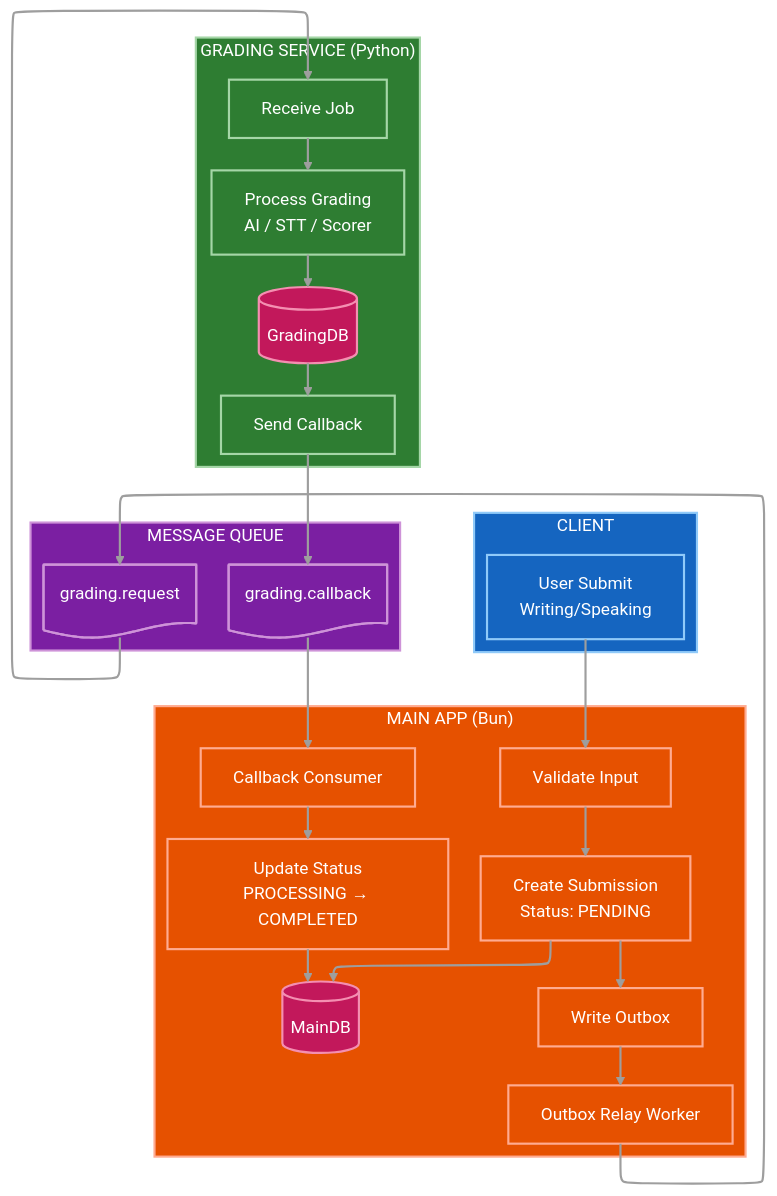
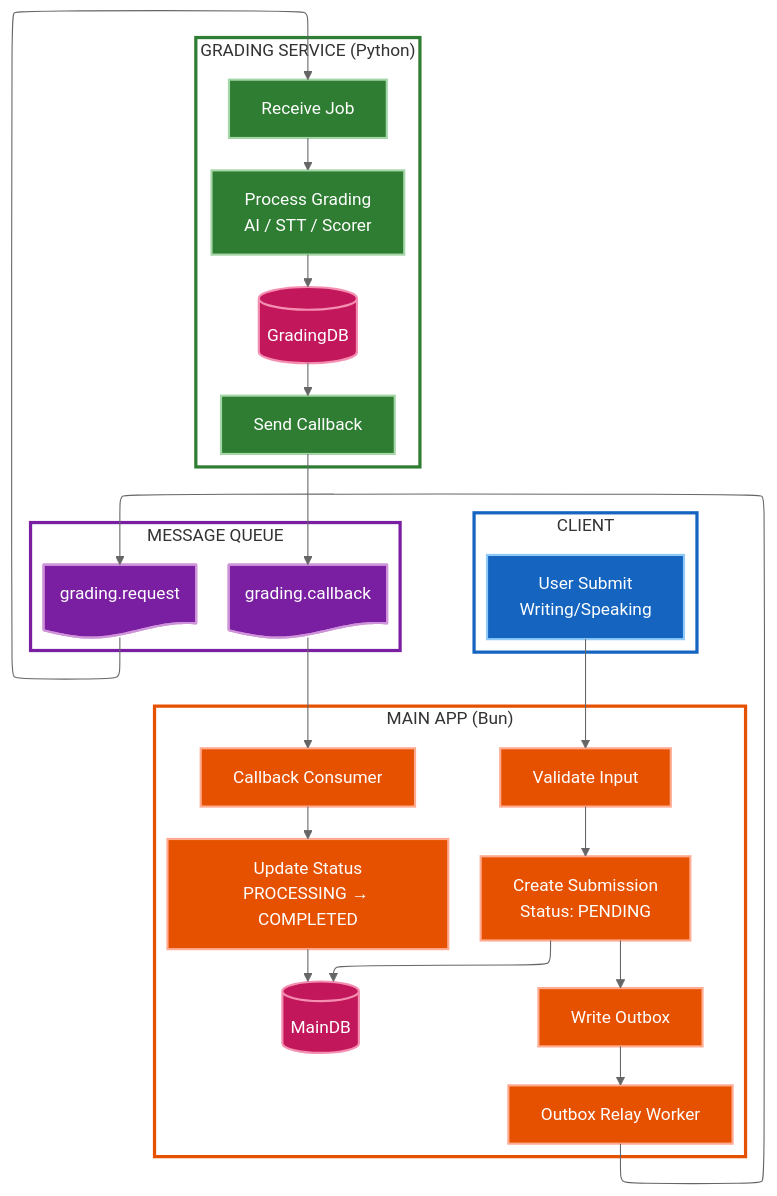
Before and after one commit to nghyane/VSTEP: the second of 12 diagrams in docs/capstone/diagrams/flow-diagrams.vi.md, drawn with Mermaid (neutral theme). The commit also changed other lines of this file, not shown here.

First line of the commit message:
fix(docs): remove unsupported linkStyle syntax causing parse errors

````diff
--- a/docs/capstone/diagrams/flow-diagrams.vi.md
+++ b/docs/capstone/diagrams/flow-diagrams.vi.md
@@ -85,54 +94,63 @@
 ```mermaid
 ---
 config:
   layout: elk
 ---
 flowchart TB
     subgraph Client["CLIENT"]
         User["User Submit<br/>Writing/Speaking"]
     end
 
     subgraph Bun["MAIN APP (Bun)"]
         direction TB
         Validate["Validate Input"]
         CreateSub["Create Submission<br/>Status: PENDING"]
         SaveDB[("MainDB")]
         WriteOutbox["Write Outbox"]
         Relay["Outbox Relay Worker"]
         Consume["Callback Consumer"]
         UpdateStatus["Update Status<br/>PROCESSING → COMPLETED"]
     end
 
     subgraph Queue["MESSAGE QUEUE"]
         ReqQueue@{ shape: doc, label: "grading.request" }
         CbQueue@{ shape: doc, label: "grading.callback" }
     end
 
     subgraph Python["GRADING SERVICE (Python)"]
         direction TB
         Receive["Receive Job"]
         Process["Process Grading<br/>AI / STT / Scorer"]
         SaveGrade[("GradingDB")]
         SendCb["Send Callback"]
     end
 
     User --> Validate --> CreateSub --> SaveDB
     CreateSub --> WriteOutbox
     WriteOutbox --> Relay --> ReqQueue --> Receive
     Receive --> Process --> SaveGrade --> SendCb --> CbQueue --> Consume
     Consume --> UpdateStatus --> SaveDB
 
     classDef client fill:#1565c0,stroke:#90caf9,stroke-width:2px,color:#fff
     classDef bun fill:#e65100,stroke:#ffab91,stroke-width:2px,color:#fff
     classDef queue fill:#7b1fa2,stroke:#ce93d8,stroke-width:2px,color:#fff
     classDef python fill:#2e7d32,stroke:#a5d6a7,stroke-width:2px,color:#fff
     classDef db fill:#c2185b,stroke:#f48fb1,stroke-width:2px,color:#fff
 
-    class Client,User client
-    class Bun,Validate,CreateSub,WriteOutbox,Relay,Consume,UpdateStatus bun
-    class Queue,ReqQueue,CbQueue queue
-    class Python,Receive,Process,SendCb python
+    classDef clientBox fill:none,stroke:#1565c0,stroke-width:3px
+    classDef bunBox fill:none,stroke:#e65100,stroke-width:3px
+    classDef queueBox fill:none,stroke:#7b1fa2,stroke-width:3px
+    classDef pythonBox fill:none,stroke:#2e7d32,stroke-width:3px
+
+    class Client clientBox
+    class Bun bunBox
+    class Queue queueBox
+    class Python pythonBox
+
+    class User client
+    class Validate,CreateSub,WriteOutbox,Relay,Consume,UpdateStatus bun
+    class ReqQueue,CbQueue queue
+    class Receive,Process,SendCb python
     class SaveDB,SaveGrade db
 
-    linkStyle default stroke:#9e9e9e,stroke-width:2px
 ```
````
